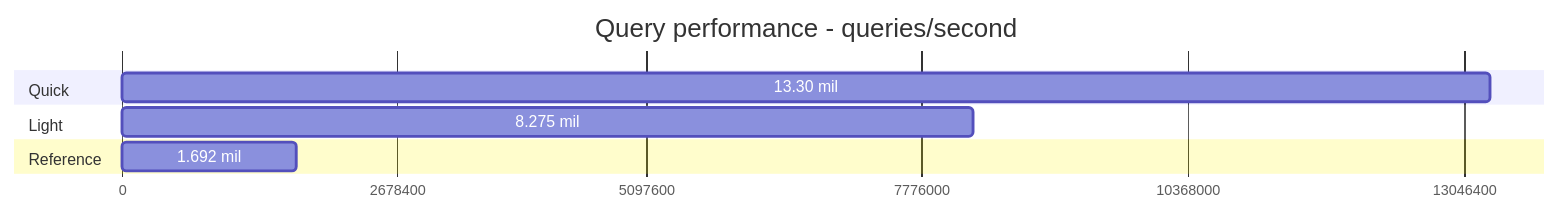
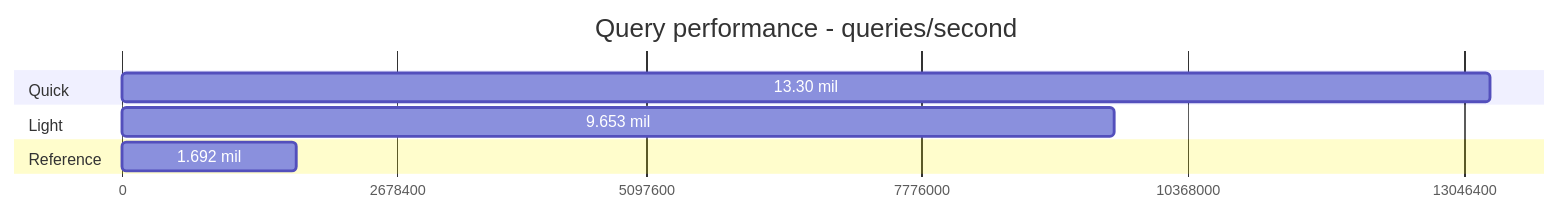
One commit to jamarino/IntervalTree changed the first of 3 diagrams in README.md. Above: the diagram before and after it, drawn with Mermaid. The commit also changed other lines of this file and 1 other file, not shown here.

````diff
--- a/README.md
+++ b/README.md
@@ -30,13 +32,13 @@
 ```mermaid
 gantt
     title Query performance - queries/second
     dateFormat X
     axisFormat %s
 
     section Quick
     13.30 mil : 0, 13304949
     section Light
-    8.275 mil : 0, 8275405
+    9.653 mil : 0, 9653441
     section Reference
     1.692 mil : 0, 1692734
 ```
````
